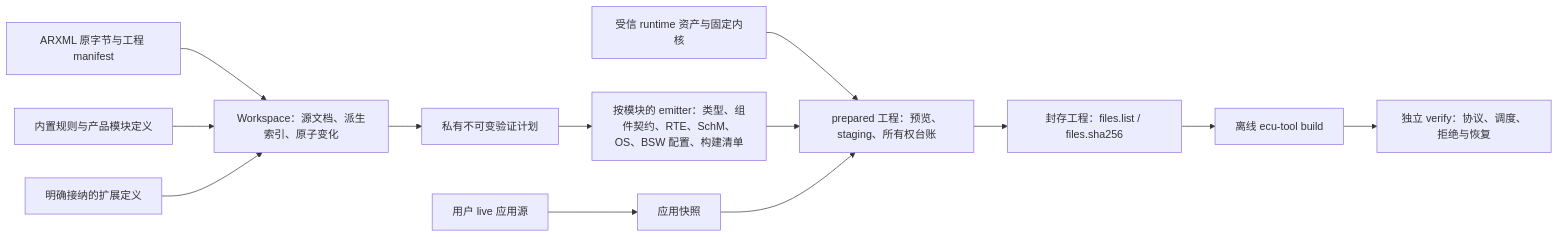
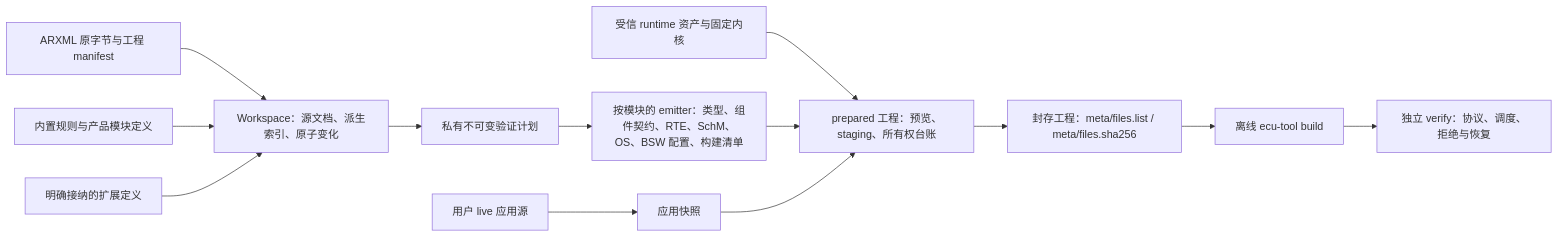
One commit to g1331/autsaro changed the first of 2 diagrams in docs/architecture.md. Above: the diagram before and after it, drawn with Mermaid. The commit also changed other lines of this file and 55 other files, not shown here.

````diff
--- a/docs/architecture.md
+++ b/docs/architecture.md
@@ -30,15 +30,15 @@
 ```mermaid
 flowchart LR
   ARXML[ARXML 原字节与工程 manifest] --> WS[Workspace：源文档、派生索引、原子变化]
   RULES[内置规则与产品模块定义] --> WS
   EXT[明确接纳的扩展定义] --> WS
   WS --> PLAN[私有不可变验证计划]
   PLAN --> EMIT[按模块的 emitter：类型、组件契约、RTE、SchM、OS、BSW 配置、构建清单]
   LIVE[用户 live 应用源] --> SNAP[应用快照]
   ASSETS[受信 runtime 资产与固定内核] --> PREP
   EMIT --> PREP[prepared 工程：预览、staging、所有权台账]
   SNAP --> PREP
-  PREP --> SEAL[封存工程：files.list / files.sha256]
+  PREP --> SEAL[封存工程：meta/files.list / meta/files.sha256]
   SEAL --> BUILD[离线 ecu-tool build]
   BUILD --> VERIFY[独立 verify：协议、调度、拒绝与恢复]
 ```
````
